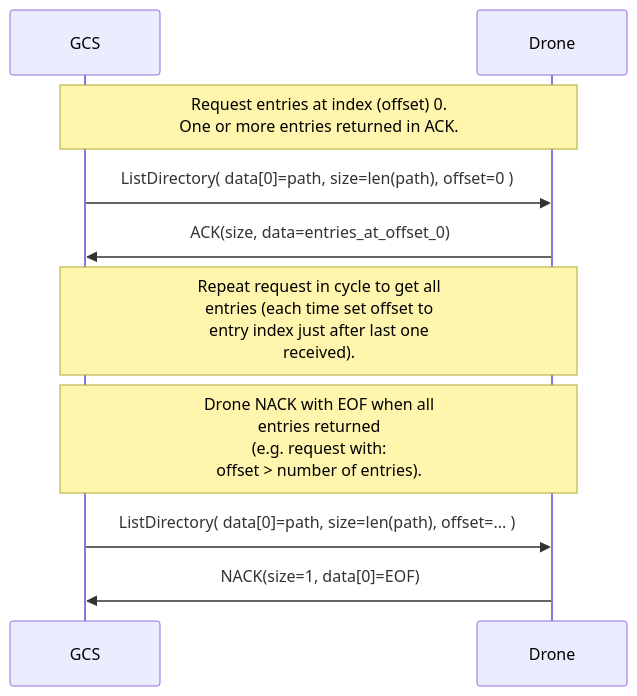
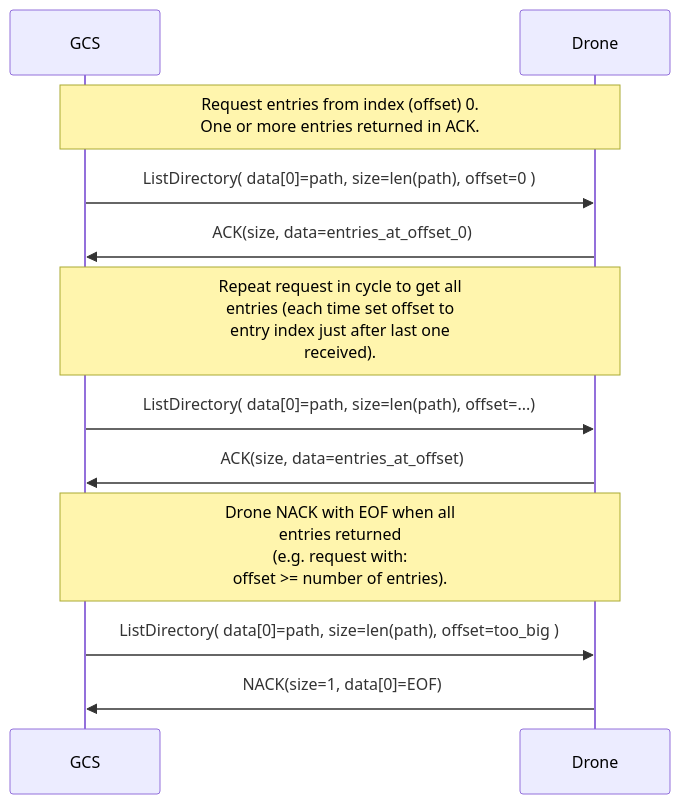
The fifth of 7 diagrams in en/services/ftp.md (mavlink/mavlink-devguide), drawn with Mermaid before and after one commit. The commit also changed other lines of this file, not shown here.

Commit message:
FTP: Expand out diagram and respond to feedback

```diff
--- a/en/services/ftp.md
+++ b/en/services/ftp.md
@@ -292,12 +292,14 @@
 {% mermaid %}
 sequenceDiagram;
     participant GCS
     participant Drone
-    Note over GCS,Drone: Request entries at index (offset) 0.<br>One or more entries returned in ACK.
+    Note over GCS,Drone: Request entries from index (offset) 0.<br>One or more entries returned in ACK.
     GCS->>Drone: ListDirectory( data[0]=path, size=len(path), offset=0 )
     Drone->>GCS: ACK(size, data=entries_at_offset_0)
     Note over GCS,Drone: Repeat request in cycle to get all<br>entries (each time set offset to<br>entry index just after last one<br>received).
-    Note over GCS,Drone: Drone NACK with EOF when all<br>entries returned<br>(e.g. request with:<br>offset > number of entries).
-    GCS->>Drone:  ListDirectory( data[0]=path, size=len(path), offset=... )
+    GCS->>Drone: ListDirectory( data[0]=path, size=len(path), offset=...)
+    Drone->>GCS: ACK(size, data=entries_at_offset)
+    Note over GCS,Drone: Drone NACK with EOF when all<br>entries returned<br>(e.g. request with:<br>offset >= number of entries).
+    GCS->>Drone:  ListDirectory( data[0]=path, size=len(path), offset=too_big )
     Drone->>GCS: NACK(size=1, data[0]=EOF)
 {% endmermaid %}
```
